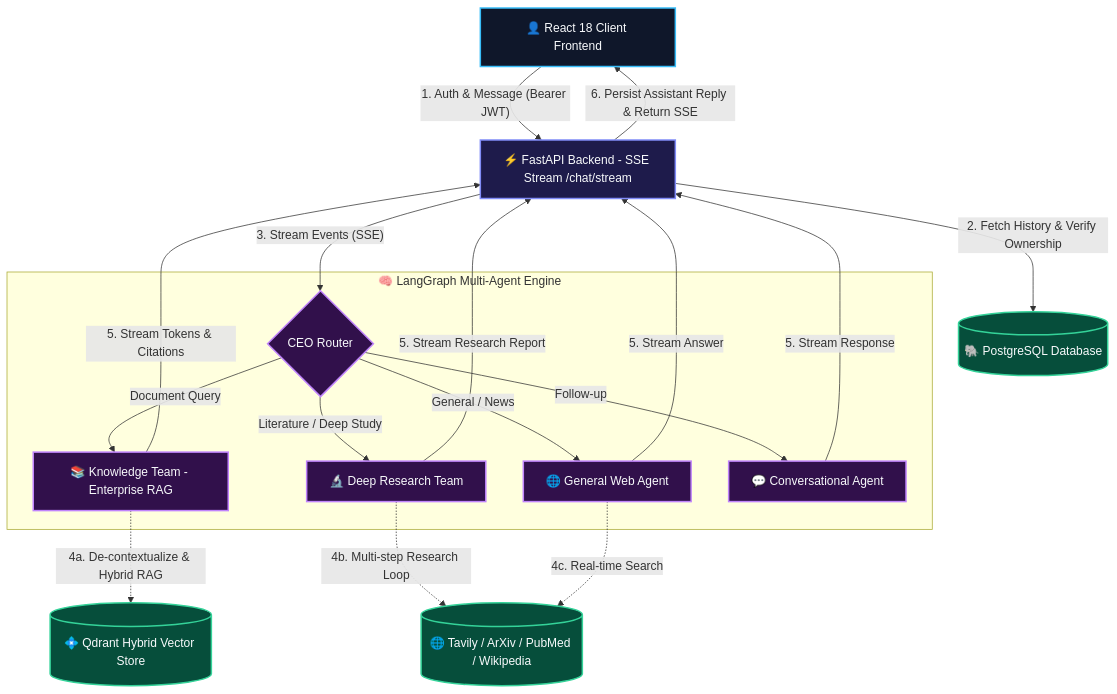
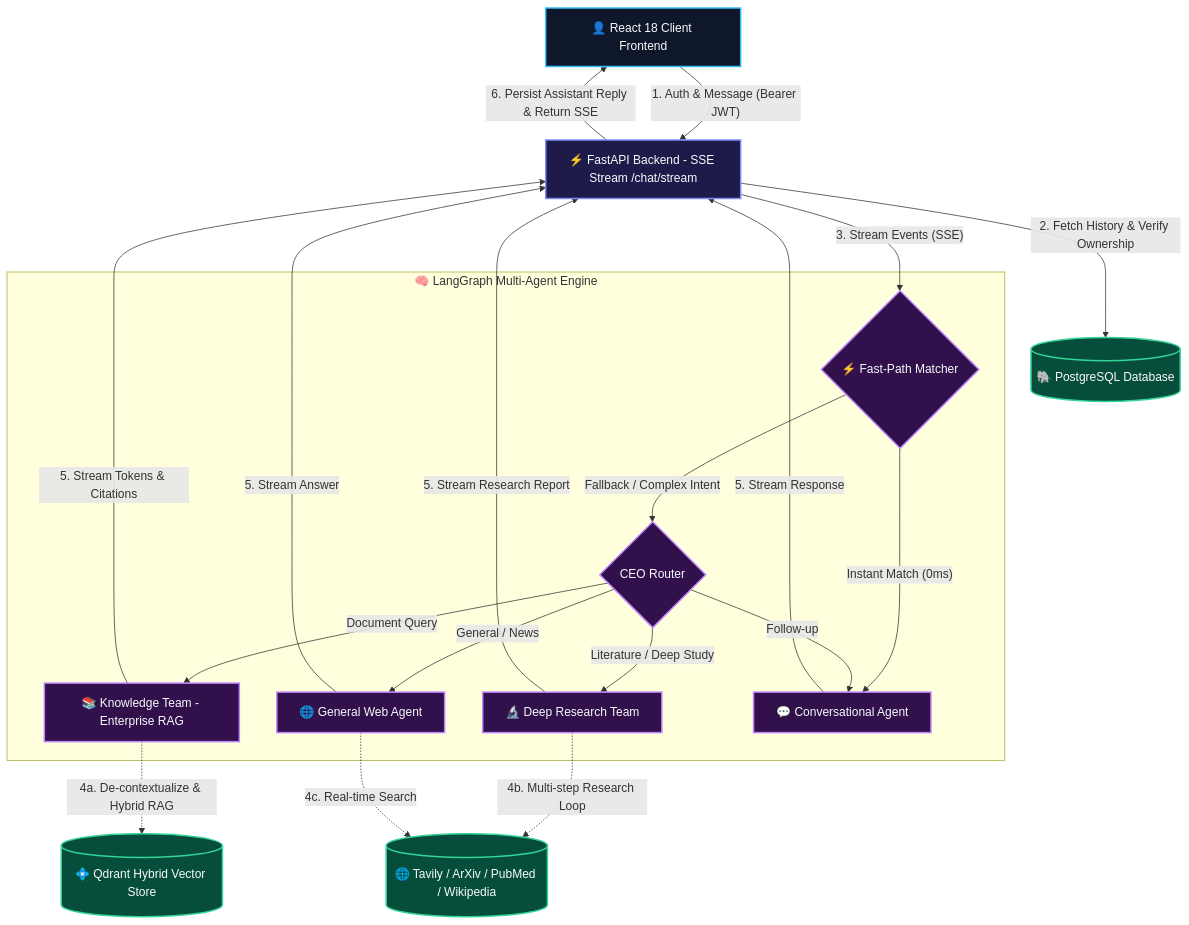
The first of 2 diagrams in README.md (smt2208/praxis-ai), drawn with Mermaid before and after one commit. The commit also changed other lines of this file and 17 other files, not shown here.

Commit message:
git add -A git commit -m "feat(architecture): production hardening, fast-path routing, error sanitization & modular refactor"

````diff
--- a/README.md
+++ b/README.md
@@ -13,44 +13,48 @@
 ```mermaid
 flowchart TD
     %% Visual Styling
     classDef client fill:#0f172a,stroke:#38bdf8,stroke-width:2px,color:#f8fafc;
     classDef api fill:#1e1b4b,stroke:#818cf8,stroke-width:2px,color:#f8fafc;
     classDef agent fill:#31104b,stroke:#c084fc,stroke-width:2px,color:#f8fafc;
     classDef db fill:#064e3b,stroke:#34d399,stroke-width:2px,color:#f8fafc;
 
     %% Components
     User[👤 React 18 Client Frontend]:::client
     API[⚡ FastAPI Backend - SSE Stream /chat/stream]:::api
     DB[(🐘 PostgreSQL Database)]:::db
     Qdrant[(💠 Qdrant Hybrid Vector Store)]:::db
     Tools[(🌐 Tavily / ArXiv / PubMed / Wikipedia)]:::db
 
     subgraph Orchestrator [🧠 LangGraph Multi-Agent Engine]
+        FastPath{⚡ Fast-Path Matcher}:::agent
         CEO{CEO Router}:::agent
         Knowledge[📚 Knowledge Team - Enterprise RAG]:::agent
         Research[🔬 Deep Research Team]:::agent
         General[🌐 General Web Agent]:::agent
         FollowUp[💬 Conversational Agent]:::agent
     end
 
     %% Workflow
     User -- "1. Auth & Message (Bearer JWT)" --> API
     API -- "2. Fetch History & Verify Ownership" --> DB
-    API -- "3. Stream Events (SSE)" --> CEO
+    API -- "3. Stream Events (SSE)" --> FastPath
     
+    FastPath -- "Instant Match (0ms)" --> FollowUp
+    FastPath -- "Fallback / Complex Intent" --> CEO
+
     CEO -- "Document Query" --> Knowledge
     CEO -- "Literature / Deep Study" --> Research
     CEO -- "General / News" --> General
     CEO -- "Follow-up" --> FollowUp
 
     Knowledge -.->|4a. De-contextualize & Hybrid RAG| Qdrant
     Research -.->|4b. Multi-step Research Loop| Tools
     General -.->|4c. Real-time Search| Tools
 
     Knowledge -- "5. Stream Tokens & Citations" --> API
     Research -- "5. Stream Research Report" --> API
     General -- "5. Stream Answer" --> API
     FollowUp -- "5. Stream Response" --> API
 
     API -- "6. Persist Assistant Reply & Return SSE" --> User
 ```
````
